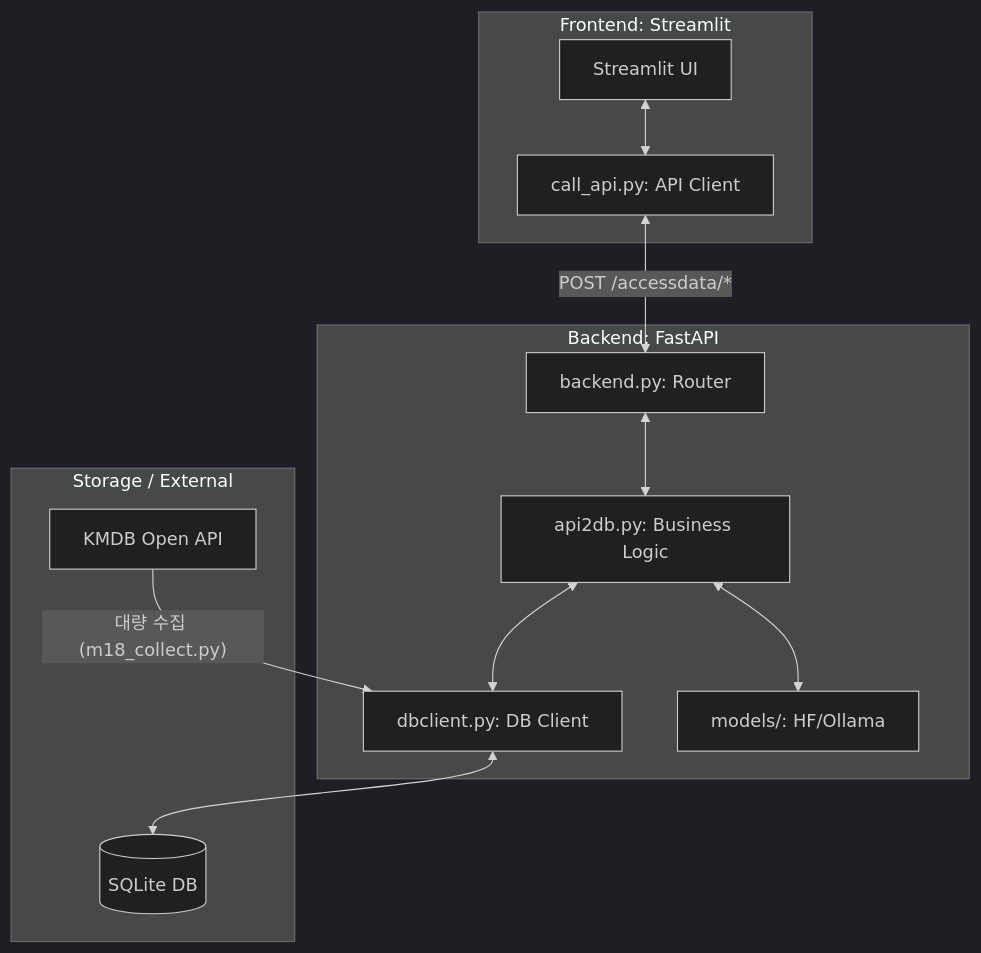
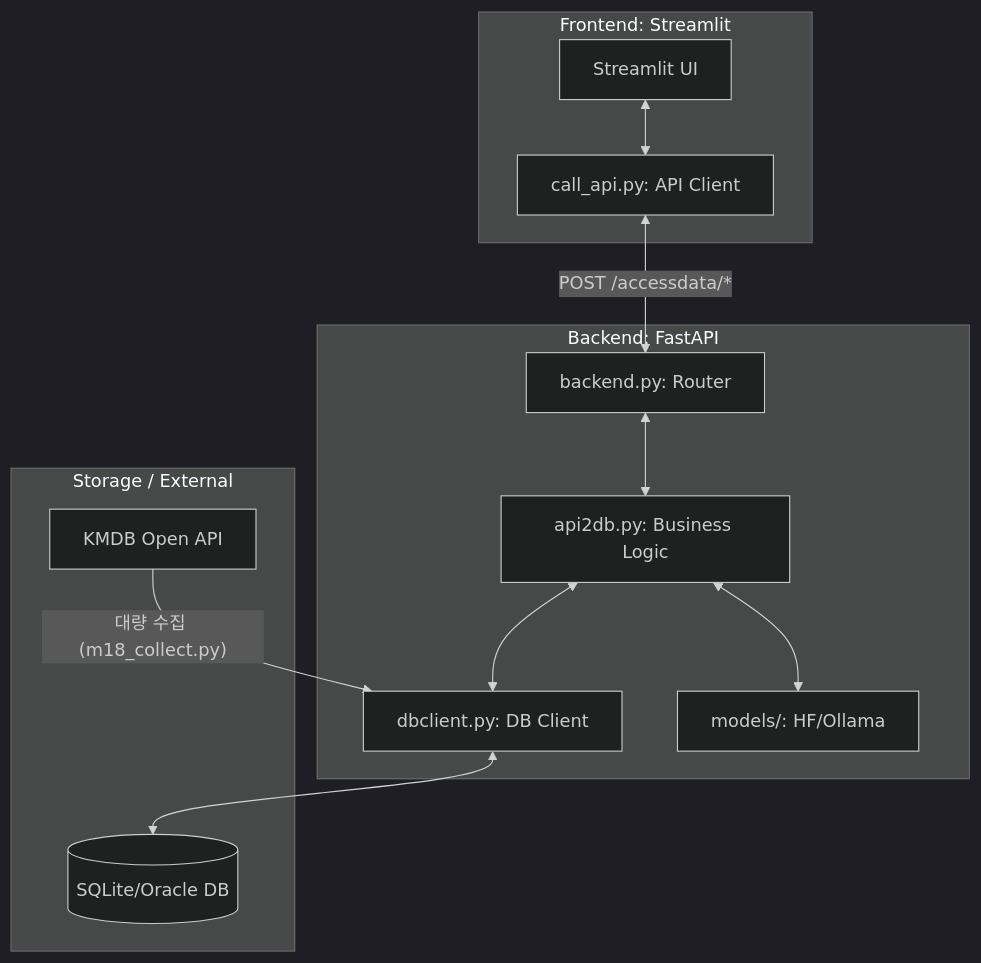
One commit to NararaDak/mission18 changed the first of 4 diagrams in doc/TECH.md. Above: the diagram before and after it, drawn with Mermaid (dark theme). The commit also changed other lines of this file and 12 other files, not shown here.

````diff
--- a/doc/TECH.md
+++ b/doc/TECH.md
@@ -221,27 +27,27 @@
 ```mermaid
 graph TD
     subgraph Frontend [Frontend: Streamlit]
         UI[Streamlit UI]
         CA[call_api.py: API Client]
     end
 
     subgraph Backend [Backend: FastAPI]
         Router[backend.py: Router]
         Logic[api2db.py: Business Logic]
         DBClient[dbclient.py: DB Client]
         Models[models/: HF/Ollama]
     end
 
     subgraph Storage [Storage / External]
-        DB[(SQLite DB)]
+        DB[(SQLite/Oracle DB)]
         KMDB[KMDB Open API]
     end
 
     UI <--> CA
     CA <-->|POST /accessdata/*| Router
     Router <--> Logic
     Logic <--> DBClient
     Logic <--> Models
     DBClient <--> DB
     KMDB -- 대량 수집 (m18_collect.py) --> DBClient
 ```
````
